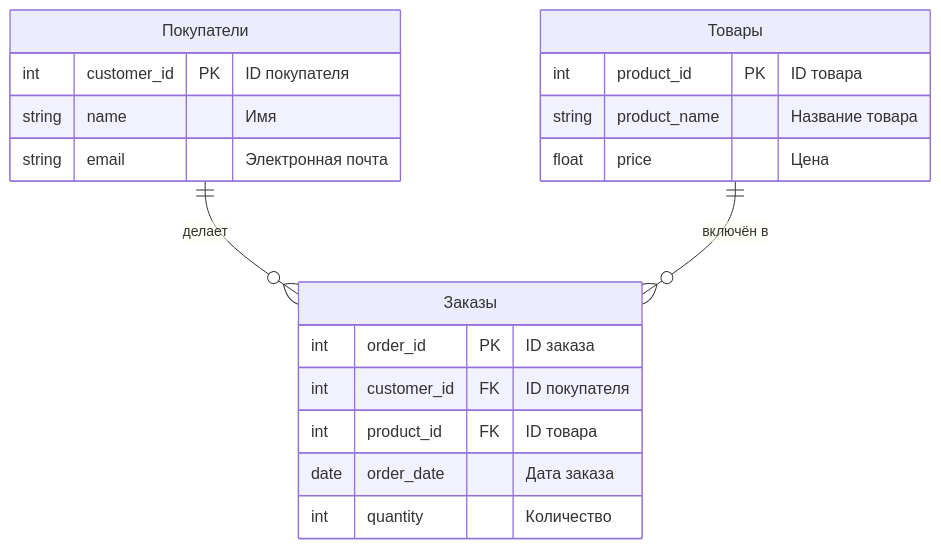
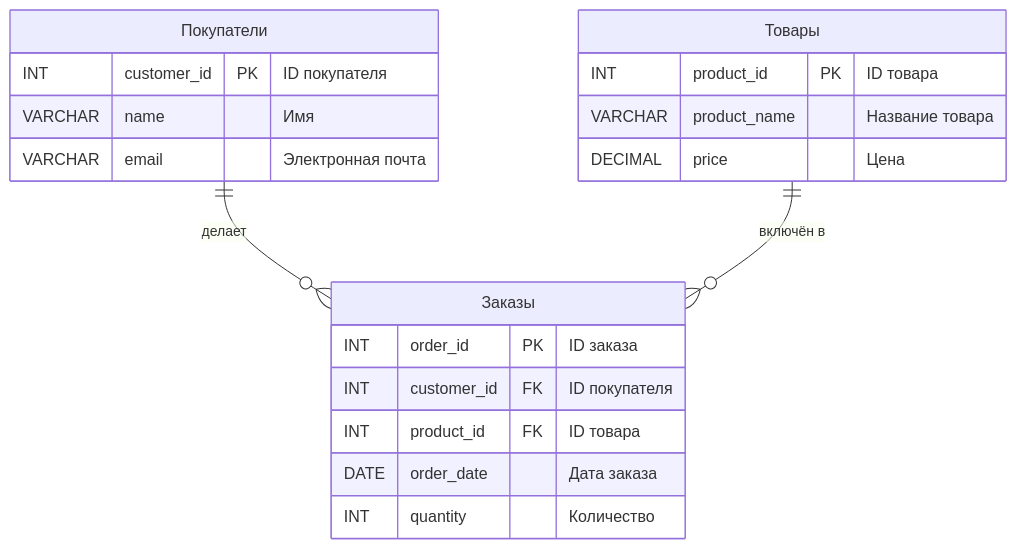
Before and after one commit to vshp-online/it.vshp.online: the fifth of 5 diagrams in disciplines/it03/lectures/02_lecture.md, drawn with Mermaid. The commit also changed other lines of this file, not shown here.

````diff
--- a/disciplines/it03/lectures/02_lecture.md
+++ b/disciplines/it03/lectures/02_lecture.md
@@ -390,22 +390,22 @@
 ```mermaid
 erDiagram
     Customers["Покупатели"] {
-        int customer_id PK "ID покупателя"
-        string name "Имя"
-        string email "Электронная почта"
+        INT customer_id PK "ID покупателя"
+        VARCHAR name "Имя"
+        VARCHAR email "Электронная почта"
     }
     Products["Товары"] {
-        int product_id PK "ID товара"
-        string product_name "Название товара"
-        float price "Цена"
+        INT product_id PK "ID товара"
+        VARCHAR product_name "Название товара"
+        DECIMAL price "Цена"
     }
     Orders["Заказы"] {
-        int order_id PK "ID заказа"
-        int customer_id FK "ID покупателя"
-        int product_id FK "ID товара"
-        date order_date "Дата заказа"
-        int quantity "Количество"
+        INT order_id PK "ID заказа"
+        INT customer_id FK "ID покупателя"
+        INT product_id FK "ID товара"
+        DATE order_date "Дата заказа"
+        INT quantity "Количество"
     }
     Customers ||--o{ Orders : "делает"
     Products ||--o{ Orders : "включён в"
 ```
````
